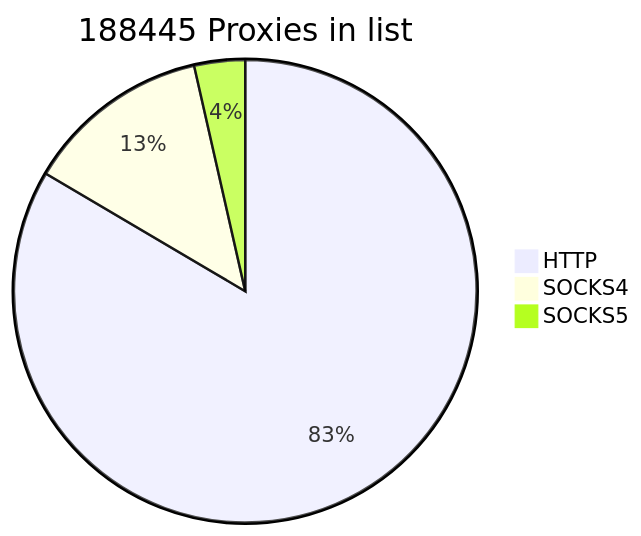
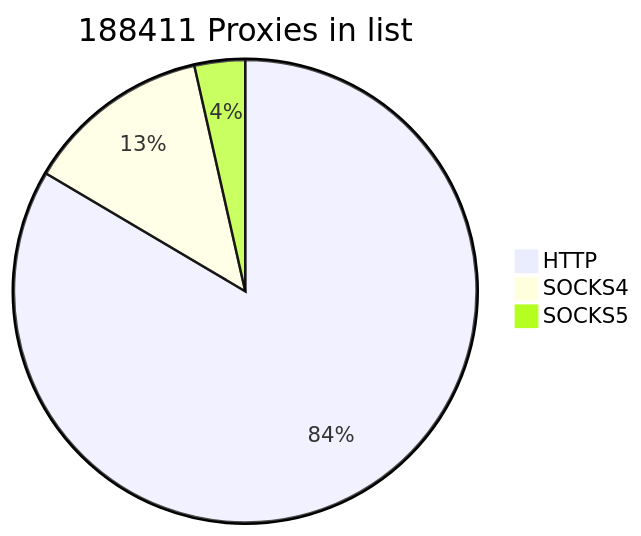
Before and after one commit to cutipu/proxylist: the first of 2 diagrams in README.md, drawn with Mermaid. The commit also changed other lines of this file, not shown here.

````diff
--- a/README.md
+++ b/README.md
@@ -2,7 +2,7 @@
 ```mermaid
-pie title 188445 Proxies in list
-    "HTTP" : 157321
-    "SOCKS4" : 24433
-    "SOCKS5" : 6691
+pie title 188411 Proxies in list
+    "HTTP" : 157324
+    "SOCKS4" : 24432
+    "SOCKS5" : 6655
             
 ```
````
